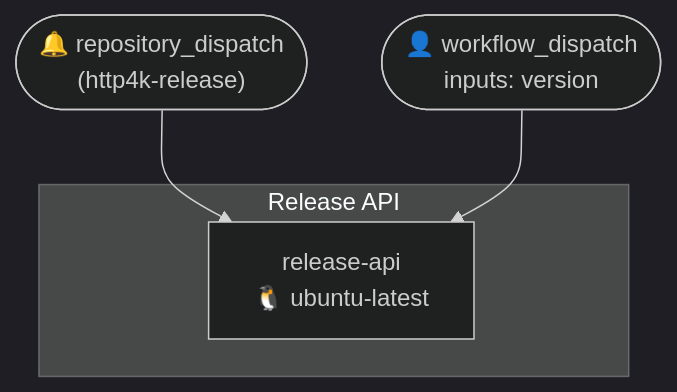
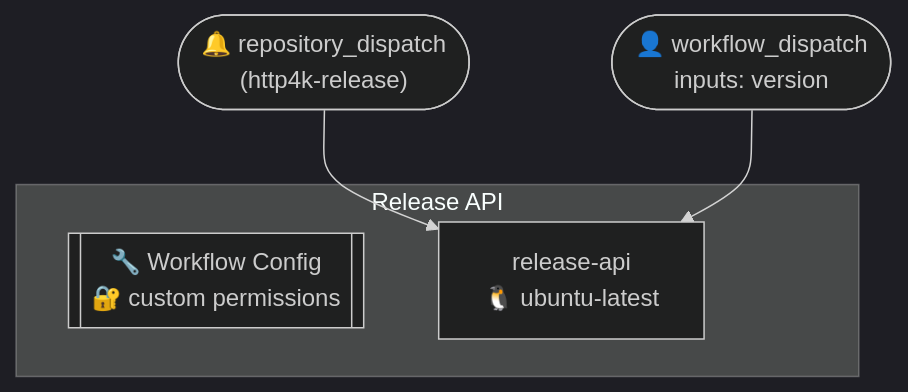
The first of 2 diagrams in .github/typeflows/release-api/README.md (http4k/http4k), drawn with Mermaid (dark theme) before and after one commit. The commit also changed 35 other files, not shown here.

````diff
--- a/.github/typeflows/release-api/README.md
+++ b/.github/typeflows/release-api/README.md
@@ -3,11 +3,12 @@
 ```mermaid
 %%{init: {"flowchart": {"curve": "basis"}}}%%
 flowchart TD
     repositorydispatch(["🔔 repository_dispatch<br/>(http4k-release)"])
     workflowdispatch(["👤 workflow_dispatch<br/>inputs: version"])
     subgraph releaseapiyml["Release API"]
+        releaseapiyml_metadata[["🔧 Workflow Config<br/>🔐 custom permissions"]]
         releaseapiyml_releaseapi["release-api<br/>🐧 ubuntu-latest"]
     end
     repositorydispatch --> releaseapiyml_releaseapi
     workflowdispatch --> releaseapiyml_releaseapi
 ```
````
